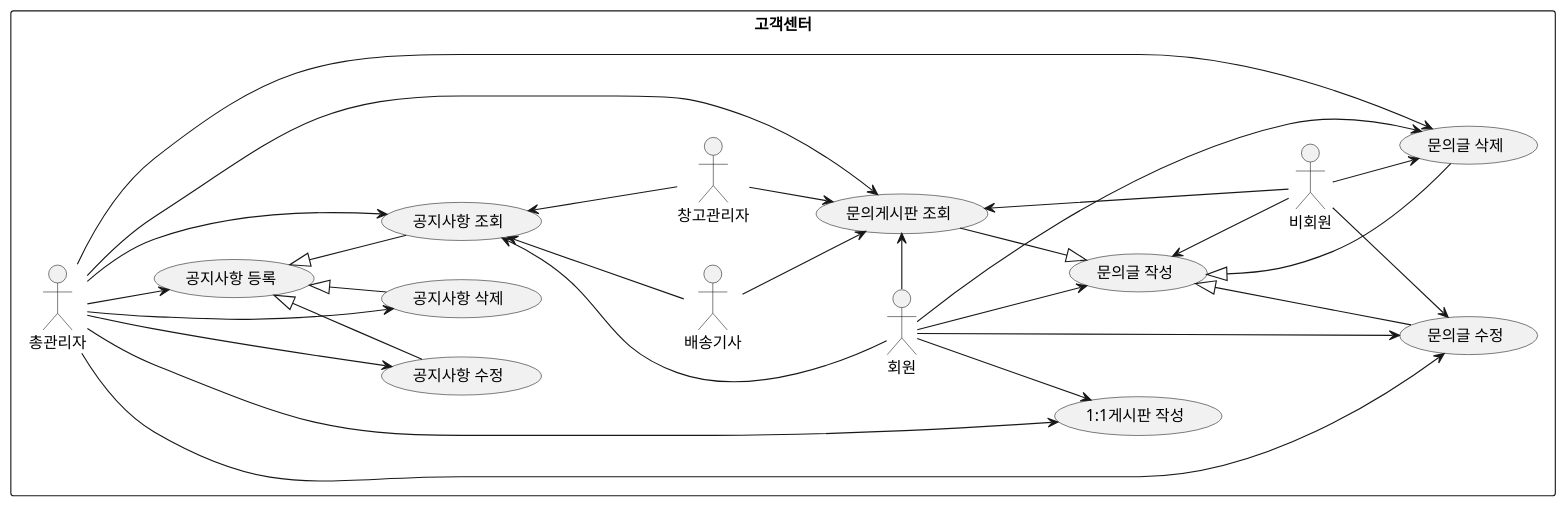
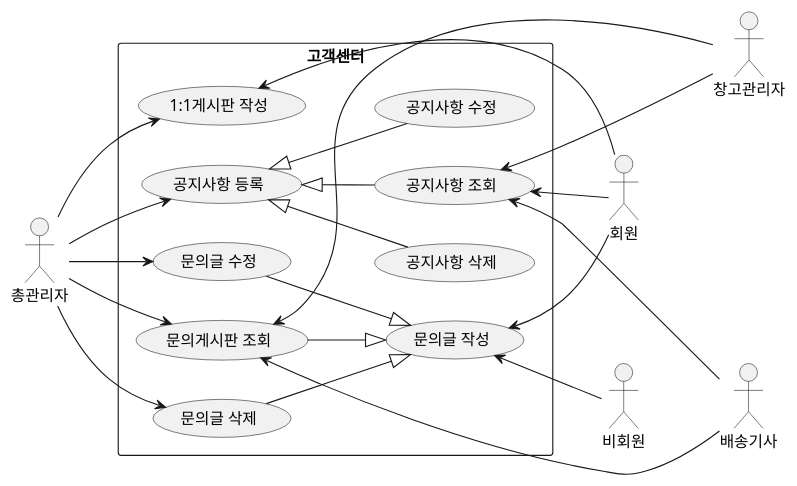
The diagram in src/first_team_project/use_case/Customer_service.puml (shin-heewon/java-advance), drawn with PlantUML before and after one commit. The commit also changed 7 other files, not shown here.

```diff
--- a/src/first_team_project/use_case/Customer_service.puml
+++ b/src/first_team_project/use_case/Customer_service.puml
@@ -1,55 +1,55 @@
 @startuml
-rectangle "고객센터"{
+
 
 left to right direction
 
 actor "창고관리자" as wh_manager
 actor "총관리자" as admin
 
 actor "회원" as user
 actor "배송기사" as delivery
 actor "비회원"
-
+rectangle "고객센터"{
 admin-->(공지사항 등록)
 
 
 (공지사항 등록)<|--(공지사항 조회)
 (공지사항 등록)<|--(공지사항 수정)
 (공지사항 등록)<|--(공지사항 삭제)
 
 
 
 wh_manager--up->(공지사항 조회)
 user-up-->(공지사항 조회)
 delivery-up-->(공지사항 조회)
-admin-->(공지사항 조회)
-admin-->(공지사항 수정)
-admin-->(공지사항 삭제)
+'admin-->(공지사항 조회)
+'admin-->(공지사항 수정)
+'admin-->(공지사항 삭제)
 
 user-->(1:1게시판 작성)
 admin-->(1:1게시판 작성)
 
 (문의글 작성)<--user
 (문의글 작성)<--비회원
 
 (문의게시판 조회)--|>(문의글 작성)
 (문의글 수정)--|>(문의글 작성)
 (문의글 삭제)--|>(문의글 작성)
 
 admin-down->(문의게시판 조회)
 wh_manager-down->(문의게시판 조회)
 delivery-down->(문의게시판 조회)
-user->(문의게시판 조회)
-비회원->(문의게시판 조회)
+'user->(문의게시판 조회)
+'비회원->(문의게시판 조회)
 
 admin-->(문의글 수정)
-user-->(문의글 수정)
-비회원-->(문의글 수정)
+'user-->(문의글 수정)
+'비회원-->(문의글 수정)
 
 admin-->(문의글 삭제)
-user-->(문의글 삭제)
-비회원-->(문의글 삭제)
+'user-->(문의글 삭제)
+'비회원-->(문의글 삭제)
 
 
 }
 @enduml
```
